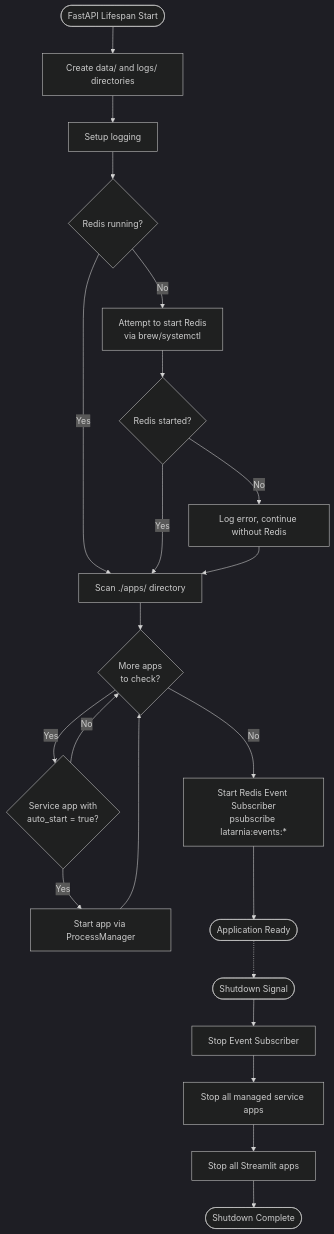
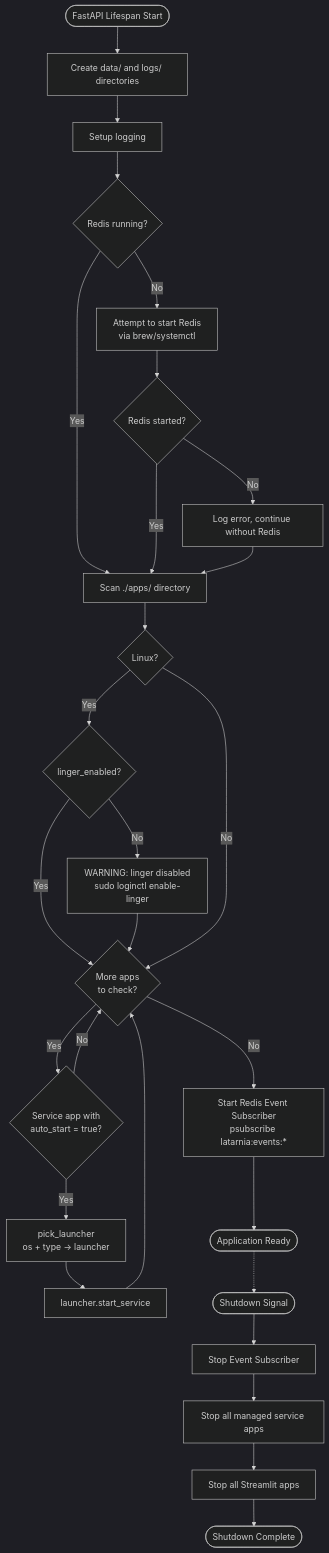
The first of 11 diagrams in docs/System/workflows.md (felipe-stanham/HomeHelper), drawn with Mermaid (dark theme) before and after one commit. The commit also changed other lines of this file and 8 other files, not shown here.

````diff
--- a/docs/System/workflows.md
+++ b/docs/System/workflows.md
@@ -9,27 +9,35 @@
 ```mermaid
 flowchart TD
     Start([FastAPI Lifespan Start]) --> CreateDirs[Create data/ and logs/ directories]
     CreateDirs --> SetupLog[Setup logging]
     SetupLog --> CheckRedis{Redis running?}
 
     CheckRedis -- Yes --> Discover[Scan ./apps/ directory]
     CheckRedis -- No --> AutoStart[Attempt to start Redis<br/>via brew/systemctl]
     AutoStart --> RedisOk{Redis started?}
     RedisOk -- Yes --> Discover
     RedisOk -- No --> LogWarn[Log error, continue without Redis]
     LogWarn --> Discover
 
-    Discover --> Loop{More apps<br/>to check?}
+    Discover --> LingerCheck{Linux?}
+    LingerCheck -- Yes --> CheckLinger{linger_enabled?}
+    CheckLinger -- No --> WarnLinger[WARNING: linger disabled<br/>sudo loginctl enable-linger]
+    CheckLinger -- Yes --> Loop
+    WarnLinger --> Loop
+    LingerCheck -- No --> Loop
+
+    Loop{More apps<br/>to check?}
     Loop -- Yes --> AutoCheck{Service app with<br/>auto_start = true?}
-    AutoCheck -- Yes --> StartApp[Start app via ProcessManager]
+    AutoCheck -- Yes --> PickLauncher[pick_launcher<br/>os + type → launcher]
+    PickLauncher --> StartApp[launcher.start_service]
     AutoCheck -- No --> Loop
     StartApp --> Loop
     Loop -- No --> StartSub[Start Redis Event Subscriber<br/>psubscribe latarnia:events:*]
     StartSub --> Ready([Application Ready])
 
     Ready -.-> Shutdown([Shutdown Signal])
     Shutdown --> StopSub[Stop Event Subscriber]
     StopSub --> StopServices[Stop all managed service apps]
     StopServices --> StopStreamlit[Stop all Streamlit apps]
     StopStreamlit --> Done([Shutdown Complete])
 ```
````
